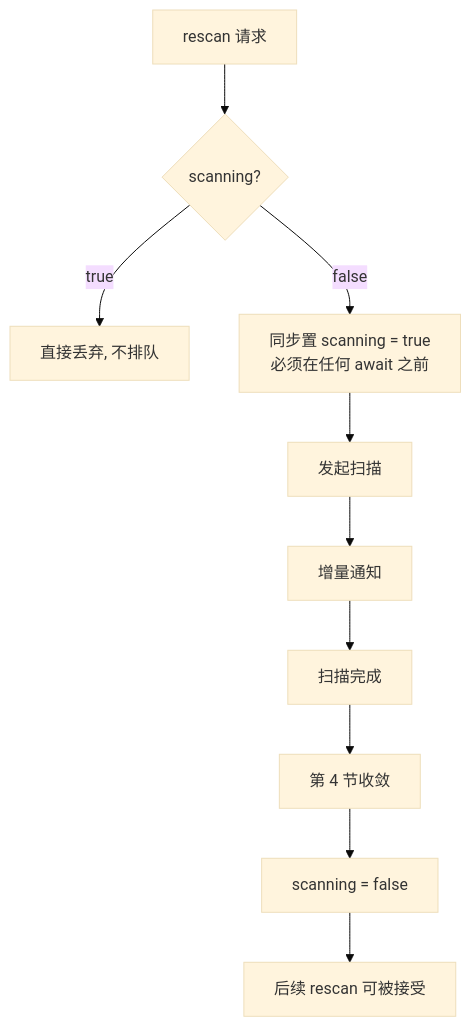
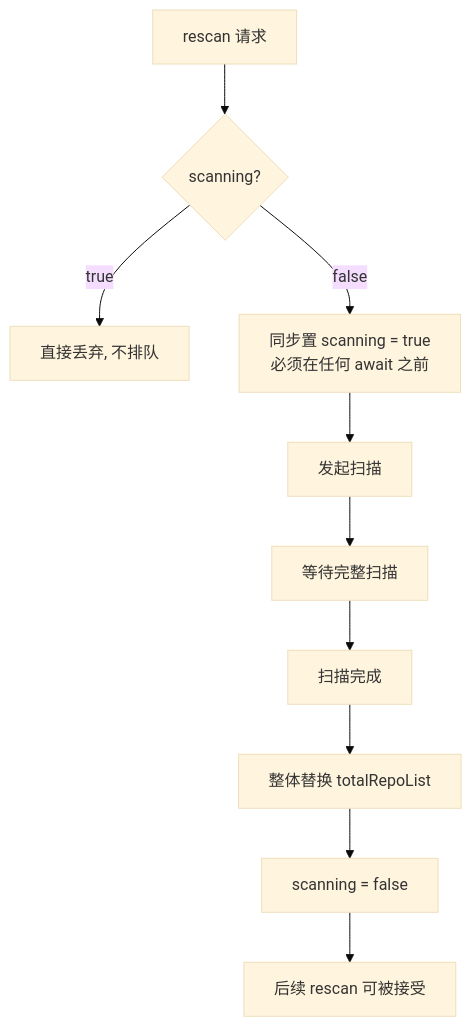
The fourth of 5 diagrams in doc/gitrepocontroller.md (liangjunheng/vscode-gitk-pro), drawn with Mermaid (base theme) before and after one commit. The commit also changed other lines of this file and 17 other files, not shown here.

````diff
--- a/doc/gitrepocontroller.md
+++ b/doc/gitrepocontroller.md
@@ -161,12 +140,12 @@
 ```mermaid
 flowchart TD
     A[rescan 请求] --> B{scanning?}
     B -->|true| C[直接丢弃, 不排队]
     B -->|false| D[同步置 scanning = true<br/>必须在任何 await 之前]
     D --> E[发起扫描]
-    E --> F[增量通知]
+    E --> F[等待完整扫描]
     F --> G[扫描完成]
-    G --> H[第 4 节收敛]
+    G --> H[整体替换 totalRepoList]
     H --> I[scanning = false]
     I --> J[后续 rescan 可被接受]
 ```
````
